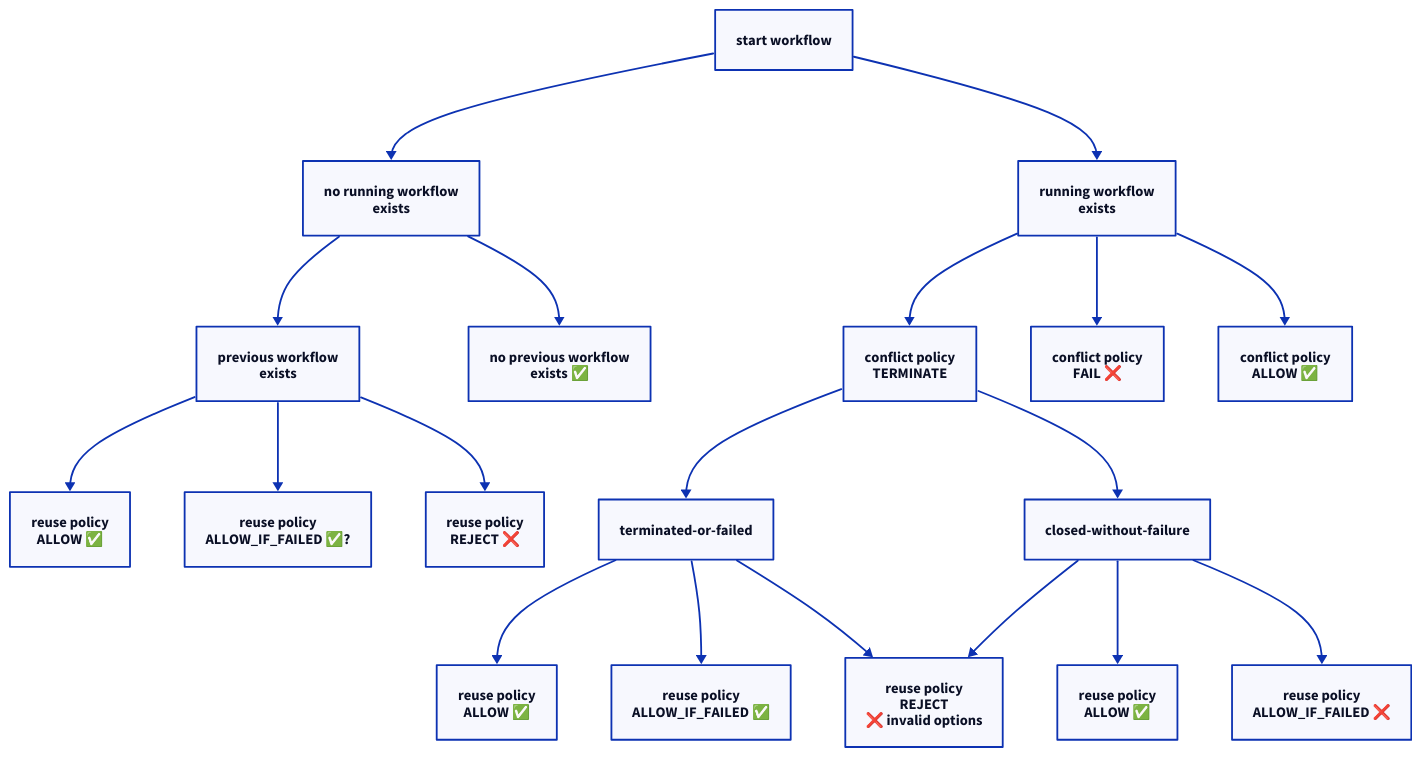
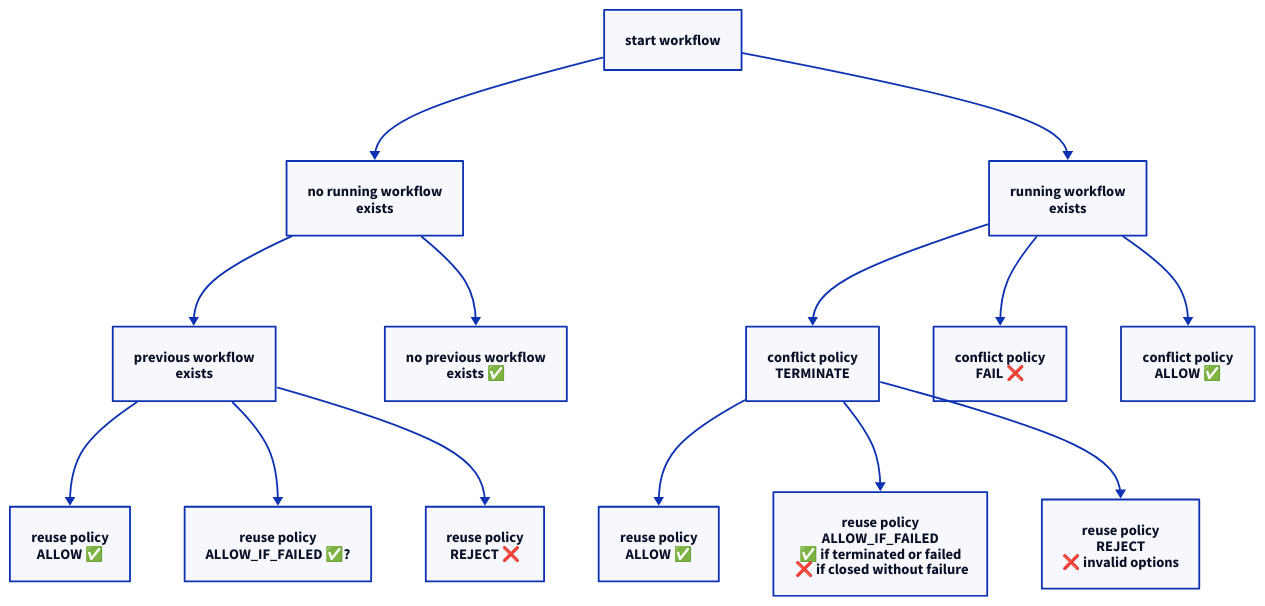
Before and after one commit to dandavison/temporalio-notes: the diagram in diagrams/workflow-conflict-and-reuse-policies.d2, drawn with D2.

```diff
--- a/diagrams/workflow-conflict-and-reuse-policies.d2
+++ b/diagrams/workflow-conflict-and-reuse-policies.d2
@@ -1,77 +1,60 @@
 running: {
   label: running workflow\nexists
 }
 not-running: {
   label: no running workflow\nexists
 }
 running-on-conflict-fail: {
   label: conflict policy\nFAIL ❌
 }
 running-on-conflict-allow: {
   label: conflict policy\nALLOW ✅
 }
 running-on-conflict-terminate: {
   label: conflict policy\nTERMINATE
 }
 
 not-running-previous-exists: {
   label: previous workflow\nexists
 }
 not-running-no-previous-exists: {
   label: no previous workflow\nexists ✅
 }
 
 not-running-reuse-policy-allow: {
   label: reuse policy\nALLOW ✅
 }
 not-running-reuse-policy-allow-if-failed: {
   label: reuse policy\nALLOW_IF_FAILED ✅?
 }
 not-running-reuse-policy-reject: {
   label: reuse policy\nREJECT ❌
 }
 
-terminated-or-failed-reuse-policy-allow: {
+running-conflict-policy-terminate-reuse-policy-allow: {
   label: reuse policy\nALLOW ✅
 }
-terminated-or-failed-reuse-policy-allow-if-failed: {
-  label: reuse policy\nALLOW_IF_FAILED ✅
+running-conflict-policy-terminate-reuse-policy-allow-if-failed: {
+  label: reuse policy\nALLOW_IF_FAILED\n✅ if terminated or failed\n ❌ if closed without failure
 }
-terminated-or-failed-reuse-policy-reject: {
+running-conflict-policy-terminate-reuse-policy-reject: {
   label: reuse policy\nREJECT\n❌ invalid options
 }
-
-closed-without-failure-reuse-policy-allow: {
-  label: reuse policy\nALLOW ✅
-}
-closed-without-failure-reuse-policy-allow-if-failed: {
-  label: reuse policy\nALLOW_IF_FAILED ❌
-}
-# closed-without-failure-reuse-policy-reject: {
-#   label: reuse policy\nREJECT
-# }
 
 start workflow -> not-running
 start workflow -> running
 
 running -> running-on-conflict-terminate
 running -> running-on-conflict-fail
 running -> running-on-conflict-allow
 
-running-on-conflict-terminate -> terminated-or-failed
-running-on-conflict-terminate -> closed-without-failure
-
-terminated-or-failed -> terminated-or-failed-reuse-policy-allow
-terminated-or-failed -> terminated-or-failed-reuse-policy-allow-if-failed
-terminated-or-failed -> terminated-or-failed-reuse-policy-reject
-
-closed-without-failure -> terminated-or-failed-reuse-policy-reject
-closed-without-failure -> closed-without-failure-reuse-policy-allow
-closed-without-failure -> closed-without-failure-reuse-policy-allow-if-failed
+running-on-conflict-terminate -> running-conflict-policy-terminate-reuse-policy-allow
+running-on-conflict-terminate -> running-conflict-policy-terminate-reuse-policy-allow-if-failed
+running-on-conflict-terminate -> running-conflict-policy-terminate-reuse-policy-reject
 
 not-running -> not-running-previous-exists
 not-running -> not-running-no-previous-exists
 
 not-running-previous-exists -> not-running-reuse-policy-allow
 not-running-previous-exists -> not-running-reuse-policy-allow-if-failed
 not-running-previous-exists -> not-running-reuse-policy-reject
```
